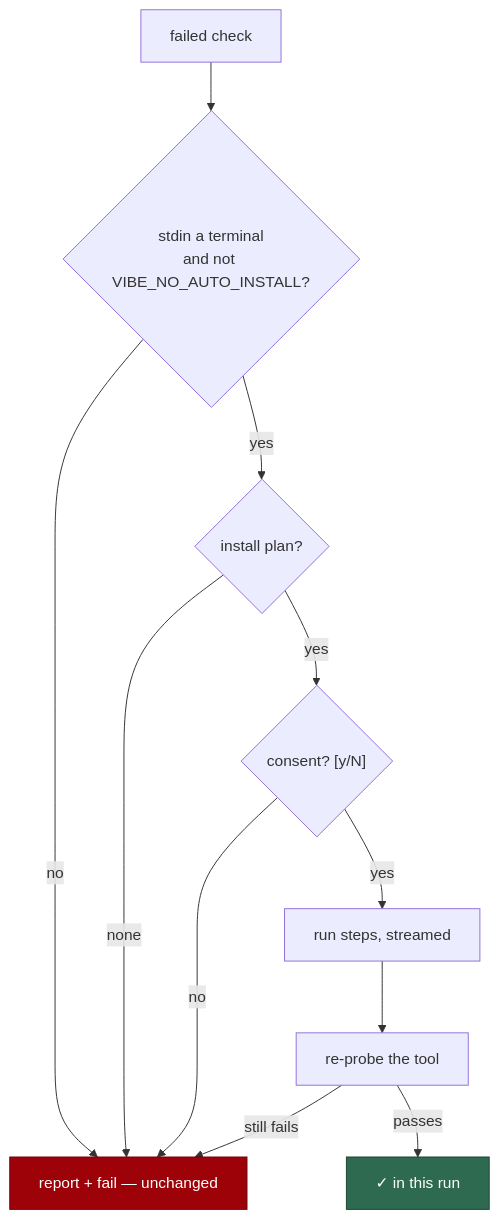
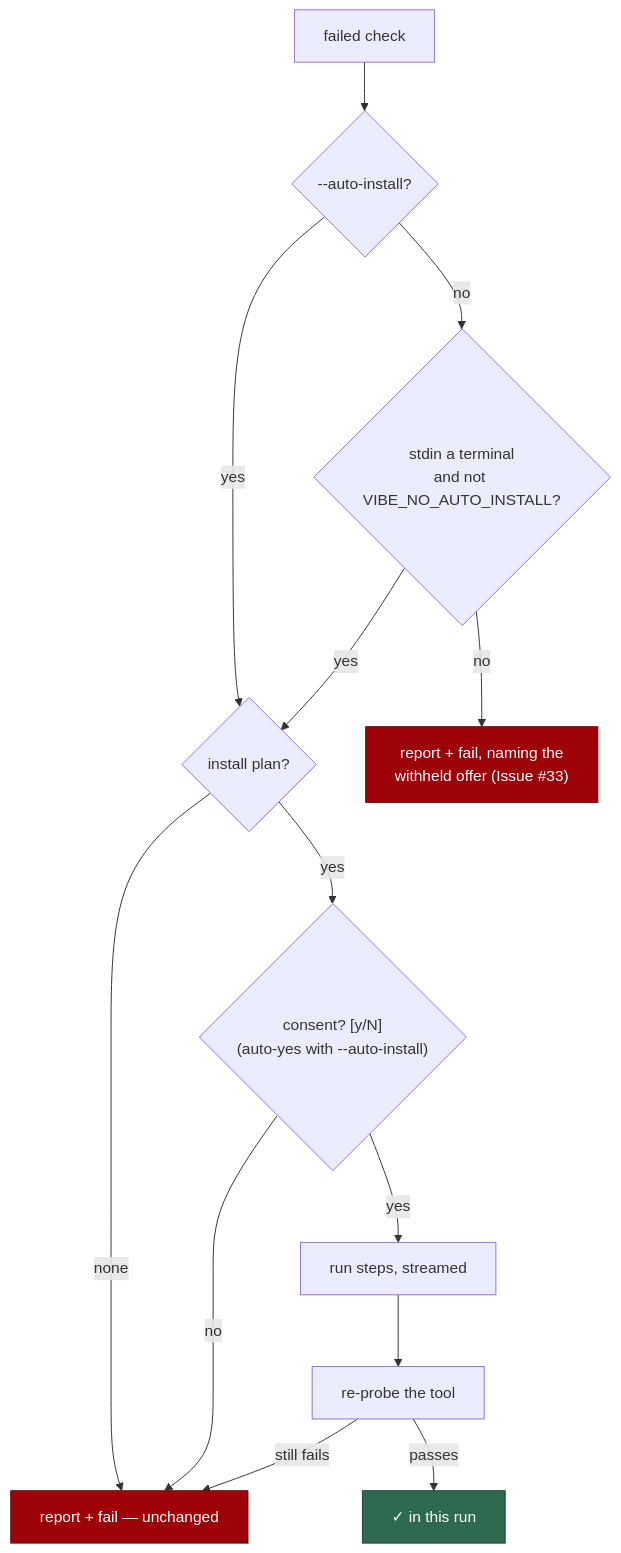
The third of 4 diagrams in docs/DEPLOYMENT.md (stSoftwareAU/VibeCoder), drawn with Mermaid before and after one commit. The commit also changed other lines of this file and 10 other files, not shown here.

First line of the commit message:
setup: a withheld install offer is reported, and --auto-install consents in advance (Issue #33)

````diff
--- a/docs/DEPLOYMENT.md
+++ b/docs/DEPLOYMENT.md
@@ -272,15 +272,18 @@
 ```mermaid
 flowchart TD
-    F["failed check"] --> T{"stdin a terminal<br/>and not VIBE_NO_AUTO_INSTALL?"}
-    T -->|no| R["report + fail — unchanged"]
-    T -->|yes| PL{"install plan?"}
-    PL -->|none| R
-    PL -->|yes| Q{"consent? [y/N]"}
+    F["failed check"] --> AI{"--auto-install?"}
+    AI -->|yes| PL{"install plan?"}
+    AI -->|no| T{"stdin a terminal<br/>and not VIBE_NO_AUTO_INSTALL?"}
+    T -->|no| W["report + fail, naming the<br/>withheld offer (Issue #33)"]
+    T -->|yes| PL
+    PL -->|none| R["report + fail — unchanged"]
+    PL -->|yes| Q{"consent? [y/N]<br/>(auto-yes with --auto-install)"}
     Q -->|no| R
     Q -->|yes| I["run steps, streamed"]
     I --> RP["re-probe the tool"]
     RP -->|passes| OKC["✓ in this run"]
     RP -->|still fails| R
     style R fill:#9d0208,stroke:#6a040f,color:#fff
+    style W fill:#9d0208,stroke:#6a040f,color:#fff
     style OKC fill:#2d6a4f,stroke:#1b4332,color:#fff
 ```
````
